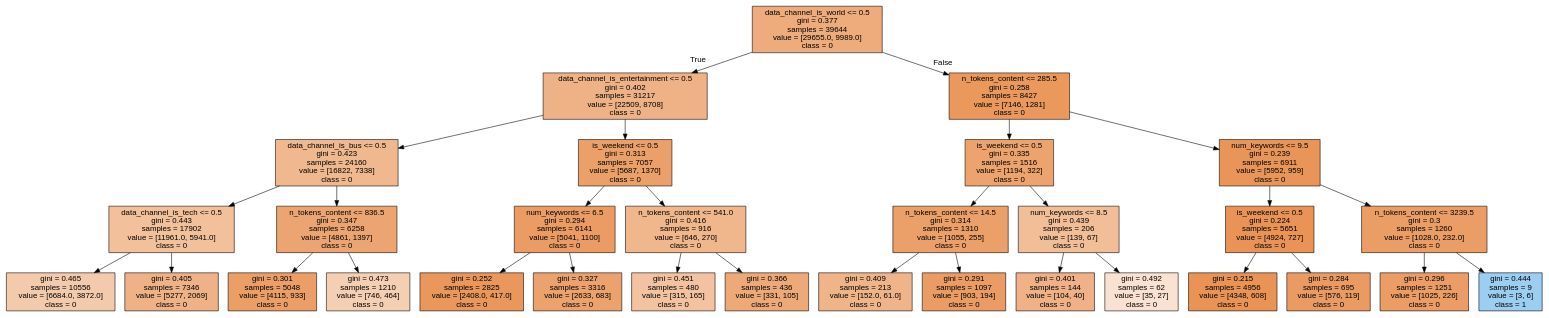
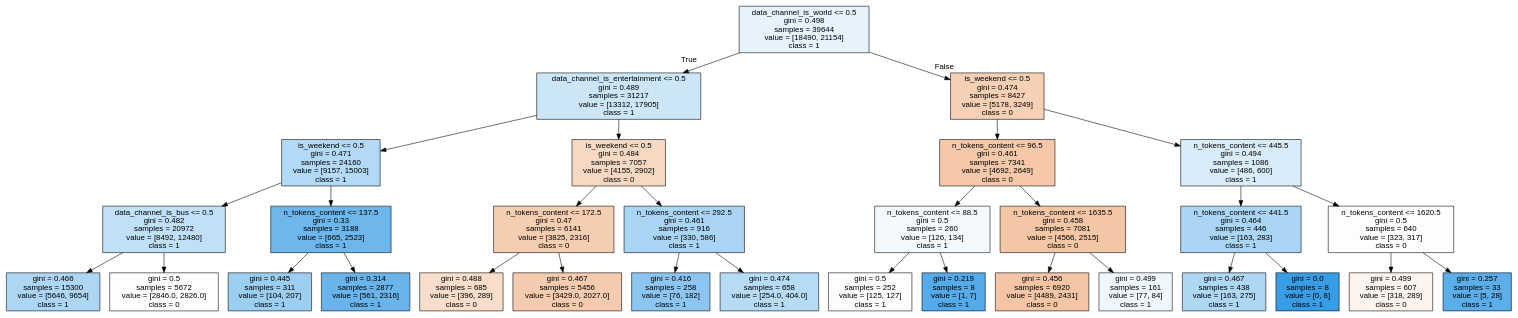
The diagram in news.dot (bekahgrant33/cs5830_project8), drawn with Graphviz before and after one commit. The commit also changed 3 other files, not shown here.

```diff
--- a/news.dot
+++ b/news.dot
@@ -1,65 +1,65 @@
 digraph Tree {
 node [shape=box, style="filled", color="black", fontname="helvetica"] ;
 edge [fontname="helvetica"] ;
-0 [label=" data_channel_is_world <= 0.5\ngini = 0.377\nsamples = 39644\nvalue = [29655.0, 9989.0]\nclass = 0", fillcolor="#eeab7c"] ;
-1 [label=" data_channel_is_entertainment <= 0.5\ngini = 0.402\nsamples = 31217\nvalue = [22509, 8708]\nclass = 0", fillcolor="#efb286"] ;
+0 [label=" data_channel_is_world <= 0.5\ngini = 0.498\nsamples = 39644\nvalue = [18490, 21154]\nclass = 1", fillcolor="#e6f3fc"] ;
+1 [label=" data_channel_is_entertainment <= 0.5\ngini = 0.489\nsamples = 31217\nvalue = [13312, 17905]\nclass = 1", fillcolor="#cce6f8"] ;
 0 -> 1 [labeldistance=2.5, labelangle=45, headlabel="True"] ;
-2 [label=" data_channel_is_bus <= 0.5\ngini = 0.423\nsamples = 24160\nvalue = [16822, 7338]\nclass = 0", fillcolor="#f0b88f"] ;
+2 [label=" is_weekend <= 0.5\ngini = 0.471\nsamples = 24160\nvalue = [9157, 15003]\nclass = 1", fillcolor="#b2d9f5"] ;
 1 -> 2 ;
-3 [label=" data_channel_is_tech <= 0.5\ngini = 0.443\nsamples = 17902\nvalue = [11961.0, 5941.0]\nclass = 0", fillcolor="#f2c09b"] ;
+3 [label=" data_channel_is_bus <= 0.5\ngini = 0.482\nsamples = 20972\nvalue = [8492, 12480]\nclass = 1", fillcolor="#c0e0f7"] ;
 2 -> 3 ;
-4 [label="gini = 0.465\nsamples = 10556\nvalue = [6684.0, 3872.0]\nclass = 0", fillcolor="#f4caac"] ;
+4 [label="gini = 0.466\nsamples = 15300\nvalue = [5646, 9654]\nclass = 1", fillcolor="#add6f4"] ;
 3 -> 4 ;
-5 [label="gini = 0.405\nsamples = 7346\nvalue = [5277, 2069]\nclass = 0", fillcolor="#efb287"] ;
+5 [label="gini = 0.5\nsamples = 5672\nvalue = [2846.0, 2826.0]\nclass = 0", fillcolor="#fffefe"] ;
 3 -> 5 ;
-6 [label=" n_tokens_content <= 836.5\ngini = 0.347\nsamples = 6258\nvalue = [4861, 1397]\nclass = 0", fillcolor="#eca572"] ;
+6 [label=" n_tokens_content <= 137.5\ngini = 0.33\nsamples = 3188\nvalue = [665, 2523]\nclass = 1", fillcolor="#6db7ec"] ;
 2 -> 6 ;
-7 [label="gini = 0.301\nsamples = 5048\nvalue = [4115, 933]\nclass = 0", fillcolor="#eb9e66"] ;
+7 [label="gini = 0.445\nsamples = 311\nvalue = [104, 207]\nclass = 1", fillcolor="#9ccef2"] ;
 6 -> 7 ;
-8 [label="gini = 0.473\nsamples = 1210\nvalue = [746, 464]\nclass = 0", fillcolor="#f5cfb4"] ;
+8 [label="gini = 0.314\nsamples = 2877\nvalue = [561, 2316]\nclass = 1", fillcolor="#69b5eb"] ;
 6 -> 8 ;
-9 [label=" is_weekend <= 0.5\ngini = 0.313\nsamples = 7057\nvalue = [5687, 1370]\nclass = 0", fillcolor="#eb9f69"] ;
+9 [label=" is_weekend <= 0.5\ngini = 0.484\nsamples = 7057\nvalue = [4155, 2902]\nclass = 0", fillcolor="#f7d9c3"] ;
 1 -> 9 ;
-10 [label=" num_keywords <= 6.5\ngini = 0.294\nsamples = 6141\nvalue = [5041, 1100]\nclass = 0", fillcolor="#eb9c64"] ;
+10 [label=" n_tokens_content <= 172.5\ngini = 0.47\nsamples = 6141\nvalue = [3825, 2316]\nclass = 0", fillcolor="#f5cdb1"] ;
 9 -> 10 ;
-11 [label="gini = 0.252\nsamples = 2825\nvalue = [2408.0, 417.0]\nclass = 0", fillcolor="#ea975b"] ;
+11 [label="gini = 0.488\nsamples = 685\nvalue = [396, 289]\nclass = 0", fillcolor="#f8ddca"] ;
 10 -> 11 ;
-12 [label="gini = 0.327\nsamples = 3316\nvalue = [2633, 683]\nclass = 0", fillcolor="#eca26c"] ;
+12 [label="gini = 0.467\nsamples = 5456\nvalue = [3429.0, 2027.0]\nclass = 0", fillcolor="#f4cbae"] ;
 10 -> 12 ;
-13 [label=" n_tokens_content <= 541.0\ngini = 0.416\nsamples = 916\nvalue = [646, 270]\nclass = 0", fillcolor="#f0b68c"] ;
+13 [label=" n_tokens_content <= 292.5\ngini = 0.461\nsamples = 916\nvalue = [330, 586]\nclass = 1", fillcolor="#a9d4f4"] ;
 9 -> 13 ;
-14 [label="gini = 0.451\nsamples = 480\nvalue = [315, 165]\nclass = 0", fillcolor="#f3c3a1"] ;
+14 [label="gini = 0.416\nsamples = 258\nvalue = [76, 182]\nclass = 1", fillcolor="#8cc6f0"] ;
 13 -> 14 ;
-15 [label="gini = 0.366\nsamples = 436\nvalue = [331, 105]\nclass = 0", fillcolor="#eda978"] ;
+15 [label="gini = 0.474\nsamples = 658\nvalue = [254.0, 404.0]\nclass = 1", fillcolor="#b5dbf5"] ;
 13 -> 15 ;
-16 [label=" n_tokens_content <= 285.5\ngini = 0.258\nsamples = 8427\nvalue = [7146, 1281]\nclass = 0", fillcolor="#ea985c"] ;
+16 [label=" is_weekend <= 0.5\ngini = 0.474\nsamples = 8427\nvalue = [5178, 3249]\nclass = 0", fillcolor="#f5d0b5"] ;
 0 -> 16 [labeldistance=2.5, labelangle=-45, headlabel="False"] ;
-17 [label=" is_weekend <= 0.5\ngini = 0.335\nsamples = 1516\nvalue = [1194, 322]\nclass = 0", fillcolor="#eca36e"] ;
+17 [label=" n_tokens_content <= 96.5\ngini = 0.461\nsamples = 7341\nvalue = [4692, 2649]\nclass = 0", fillcolor="#f4c8a9"] ;
 16 -> 17 ;
-18 [label=" n_tokens_content <= 14.5\ngini = 0.314\nsamples = 1310\nvalue = [1055, 255]\nclass = 0", fillcolor="#eb9f69"] ;
+18 [label=" n_tokens_content <= 88.5\ngini = 0.5\nsamples = 260\nvalue = [126, 134]\nclass = 1", fillcolor="#f3f9fd"] ;
 17 -> 18 ;
-19 [label="gini = 0.409\nsamples = 213\nvalue = [152.0, 61.0]\nclass = 0", fillcolor="#efb488"] ;
+19 [label="gini = 0.5\nsamples = 252\nvalue = [125, 127]\nclass = 1", fillcolor="#fcfdff"] ;
 18 -> 19 ;
-20 [label="gini = 0.291\nsamples = 1097\nvalue = [903, 194]\nclass = 0", fillcolor="#eb9c64"] ;
+20 [label="gini = 0.219\nsamples = 8\nvalue = [1, 7]\nclass = 1", fillcolor="#55abe9"] ;
 18 -> 20 ;
-21 [label=" num_keywords <= 8.5\ngini = 0.439\nsamples = 206\nvalue = [139, 67]\nclass = 0", fillcolor="#f2be98"] ;
+21 [label=" n_tokens_content <= 1635.5\ngini = 0.458\nsamples = 7081\nvalue = [4566, 2515]\nclass = 0", fillcolor="#f3c6a6"] ;
 17 -> 21 ;
-22 [label="gini = 0.401\nsamples = 144\nvalue = [104, 40]\nclass = 0", fillcolor="#efb185"] ;
+22 [label="gini = 0.456\nsamples = 6920\nvalue = [4489, 2431]\nclass = 0", fillcolor="#f3c5a4"] ;
 21 -> 22 ;
-23 [label="gini = 0.492\nsamples = 62\nvalue = [35, 27]\nclass = 0", fillcolor="#f9e2d2"] ;
+23 [label="gini = 0.499\nsamples = 161\nvalue = [77, 84]\nclass = 1", fillcolor="#eff7fd"] ;
 21 -> 23 ;
-24 [label=" num_keywords <= 9.5\ngini = 0.239\nsamples = 6911\nvalue = [5952, 959]\nclass = 0", fillcolor="#e99559"] ;
+24 [label=" n_tokens_content <= 445.5\ngini = 0.494\nsamples = 1086\nvalue = [486, 600]\nclass = 1", fillcolor="#d9ecfa"] ;
 16 -> 24 ;
-25 [label=" is_weekend <= 0.5\ngini = 0.224\nsamples = 5651\nvalue = [4924, 727]\nclass = 0", fillcolor="#e99456"] ;
+25 [label=" n_tokens_content <= 441.5\ngini = 0.464\nsamples = 446\nvalue = [163, 283]\nclass = 1", fillcolor="#abd5f4"] ;
 24 -> 25 ;
-26 [label="gini = 0.215\nsamples = 4956\nvalue = [4348, 608]\nclass = 0", fillcolor="#e99355"] ;
+26 [label="gini = 0.467\nsamples = 438\nvalue = [163, 275]\nclass = 1", fillcolor="#aed7f4"] ;
 25 -> 26 ;
-27 [label="gini = 0.284\nsamples = 695\nvalue = [576, 119]\nclass = 0", fillcolor="#ea9b62"] ;
+27 [label="gini = 0.0\nsamples = 8\nvalue = [0, 8]\nclass = 1", fillcolor="#399de5"] ;
 25 -> 27 ;
-28 [label=" n_tokens_content <= 3239.5\ngini = 0.3\nsamples = 1260\nvalue = [1028.0, 232.0]\nclass = 0", fillcolor="#eb9d66"] ;
+28 [label=" n_tokens_content <= 1620.5\ngini = 0.5\nsamples = 640\nvalue = [323, 317]\nclass = 0", fillcolor="#fffdfb"] ;
 24 -> 28 ;
-29 [label="gini = 0.296\nsamples = 1251\nvalue = [1025, 226]\nclass = 0", fillcolor="#eb9d65"] ;
+29 [label="gini = 0.499\nsamples = 607\nvalue = [318, 289]\nclass = 0", fillcolor="#fdf4ed"] ;
 28 -> 29 ;
-30 [label="gini = 0.444\nsamples = 9\nvalue = [3, 6]\nclass = 1", fillcolor="#9ccef2"] ;
+30 [label="gini = 0.257\nsamples = 33\nvalue = [5, 28]\nclass = 1", fillcolor="#5caeea"] ;
 28 -> 30 ;
 }
```
